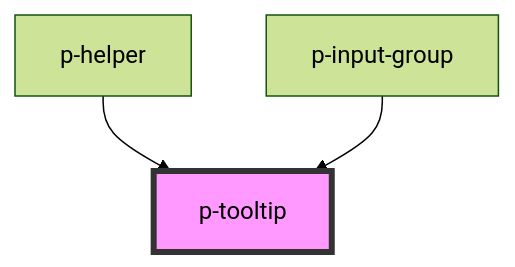
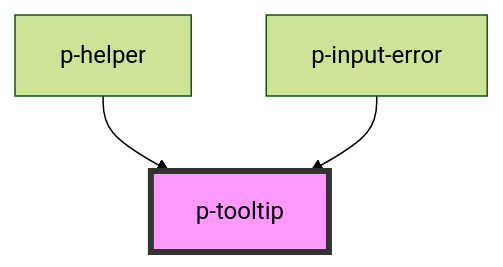
Before and after one commit to Employes/paperless: the diagram in packages/core/src/components/atoms/tooltip/readme.md, drawn with Mermaid (forest theme). The commit also changed other lines of this file and 4 other files, not shown here.

Commit message:
feat(Molecules/Input Group): Implement Input Error

````diff
--- a/packages/core/src/components/atoms/tooltip/readme.md
+++ b/packages/core/src/components/atoms/tooltip/readme.md
@@ -78,6 +78,6 @@
 ```mermaid
 graph TD;
   p-helper --> p-tooltip
-  p-input-group --> p-tooltip
+  p-input-error --> p-tooltip
   style p-tooltip fill:#f9f,stroke:#333,stroke-width:4px
 ```
````
